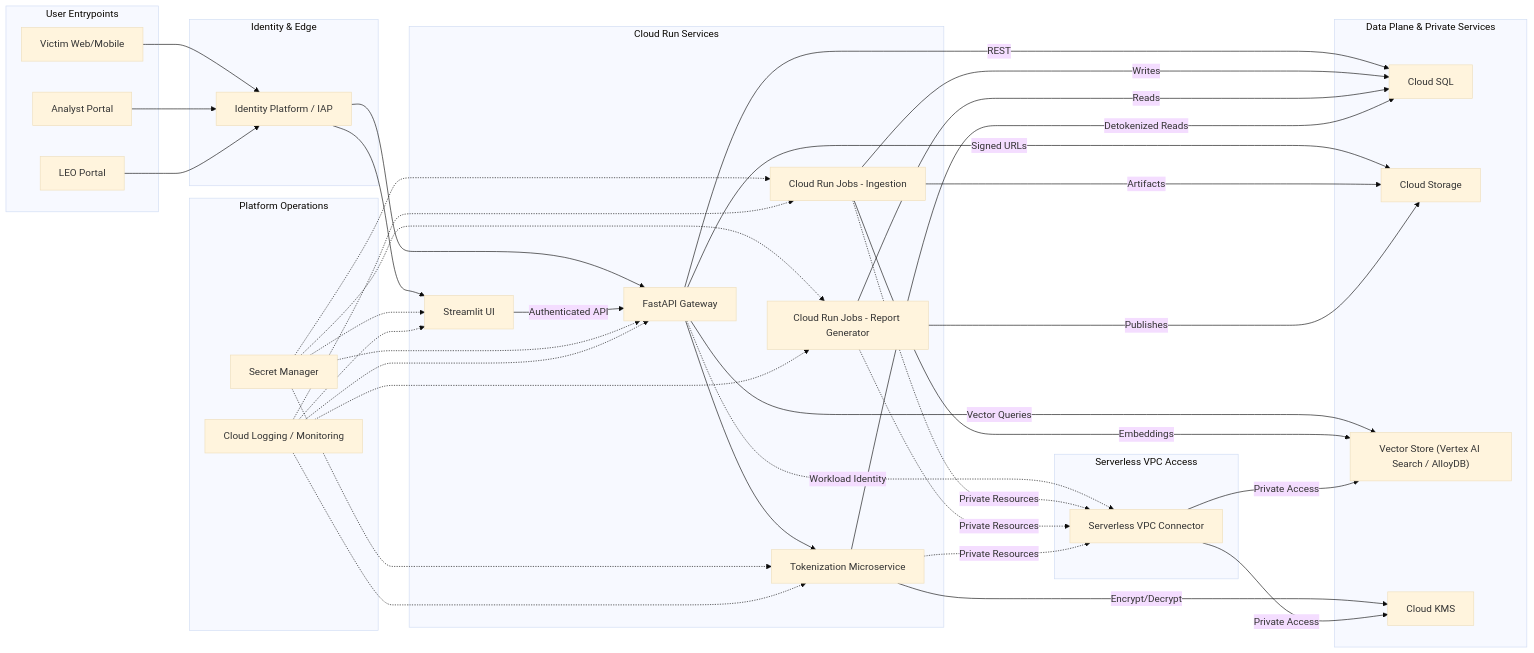
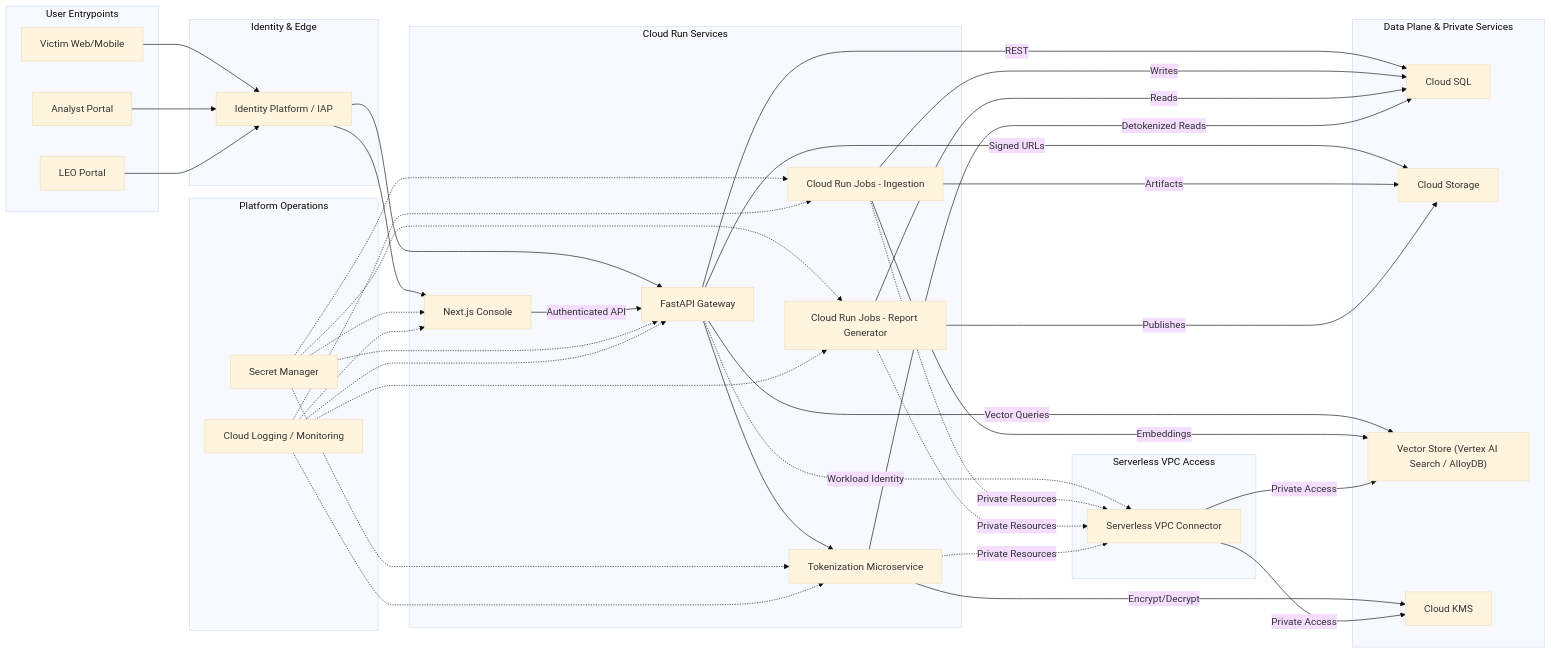
One commit to intelligenceforgood/core changed the second of 3 diagrams in docs/design/architecture.md. Above: the diagram before and after it, drawn with Mermaid (base theme). The commit also changed other lines of this file and 26 other files, not shown here.

````diff
--- a/docs/design/architecture.md
+++ b/docs/design/architecture.md
@@ -127,79 +126,79 @@
 ```mermaid
 flowchart LR
   subgraph Users["User Entrypoints"]
     VictimUI[Victim Web/Mobile]
     AnalystUI[Analyst Portal]
     LEOUI[LEO Portal]
   end
 
   subgraph Edge["Identity & Edge"]
     IAP[Identity Platform / IAP]
   end
 
   subgraph RunServices["Cloud Run Services"]
     FastAPI[FastAPI Gateway]
-    Streamlit[Streamlit UI]
+    NextJS[Next.js Console]
     JobIngest[Cloud Run Jobs - Ingestion]
     JobReport[Cloud Run Jobs - Report Generator]
     VaultService[Tokenization Microservice]
   end
 
   subgraph VPC["Serverless VPC Access"]
     VPCConn[Serverless VPC Connector]
   end
 
   subgraph DataPlane["Data Plane & Private Services"]
     CloudSQL[Cloud SQL]
     Storage[Cloud Storage]
     Vector["Vector Store (Vertex AI Search / AlloyDB)"]
     KMS[Cloud KMS]
   end
 
   subgraph Platform["Platform Operations"]
     Secrets[Secret Manager]
     Logging[Cloud Logging / Monitoring]
   end
 
   VictimUI --> IAP
   AnalystUI --> IAP
   LEOUI --> IAP
 
   IAP --> FastAPI
-  IAP --> Streamlit
+  IAP --> NextJS
 
-  Streamlit -->|Authenticated API| FastAPI
+  NextJS -->|Authenticated API| FastAPI
   FastAPI -->|REST| CloudSQL
   FastAPI -->|Signed URLs| Storage
   FastAPI -->|Vector Queries| Vector
   FastAPI --> VaultService
 
   JobIngest -->|Writes| CloudSQL
   JobIngest -->|Artifacts| Storage
   JobIngest -->|Embeddings| Vector
 
   JobReport -->|Reads| CloudSQL
   JobReport -->|Publishes| Storage
 
   VaultService -->|Detokenized Reads| CloudSQL
 
   Secrets -.-> FastAPI
-  Secrets -.-> Streamlit
+  Secrets -.-> NextJS
   Secrets -.-> JobIngest
   Secrets -.-> JobReport
   Secrets -.-> VaultService
 
   FastAPI -.->|Workload Identity| VPCConn
   JobIngest -.->|Private Resources| VPCConn
   JobReport -.->|Private Resources| VPCConn
   VaultService -.->|Private Resources| VPCConn
   VaultService -->|Encrypt/Decrypt| KMS
 
   VPCConn -->|Private Access| Vector
   VPCConn -->|Private Access| KMS
 
   Logging -.-> FastAPI
-  Logging -.-> Streamlit
+  Logging -.-> NextJS
   Logging -.-> JobIngest
   Logging -.-> JobReport
   Logging -.-> VaultService
 ```
````
